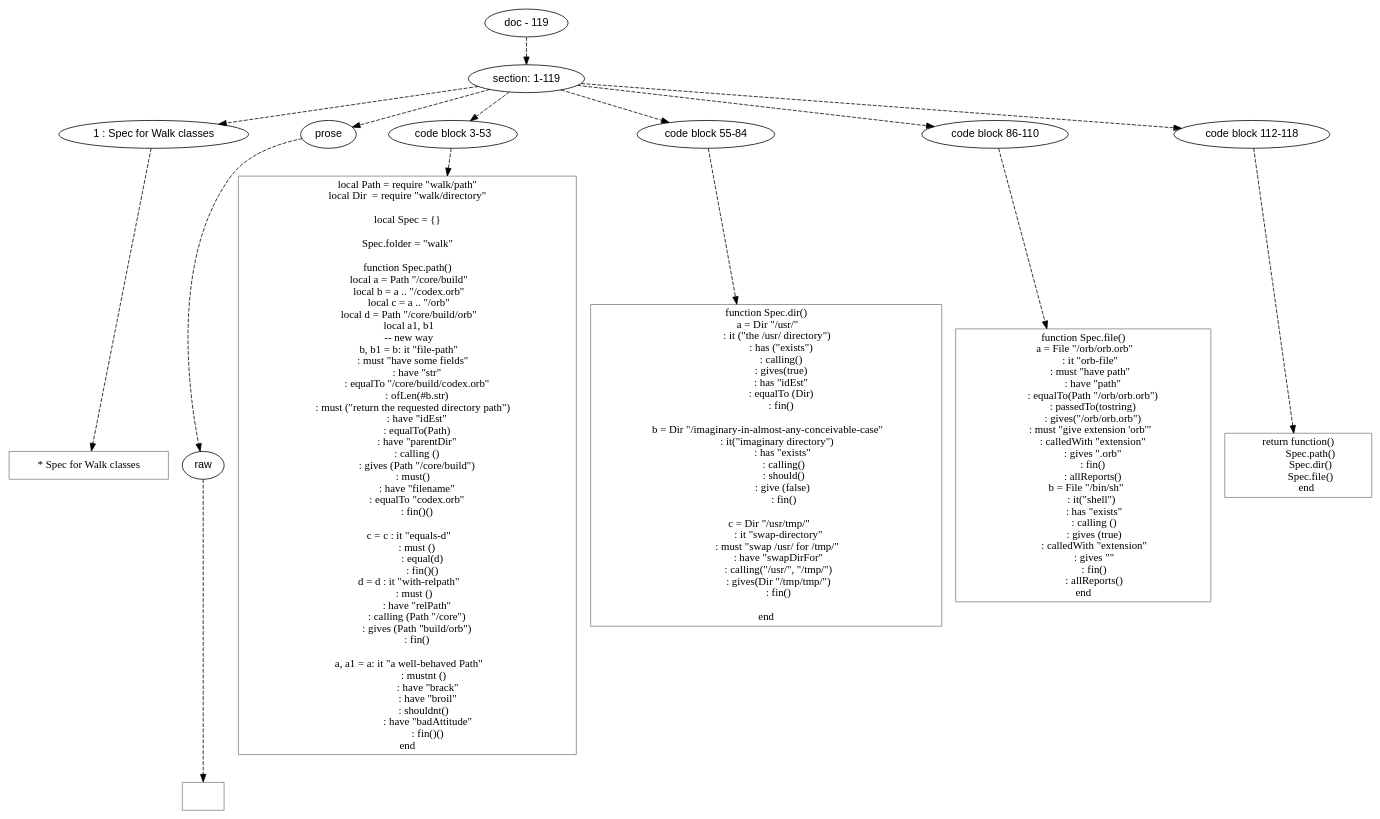
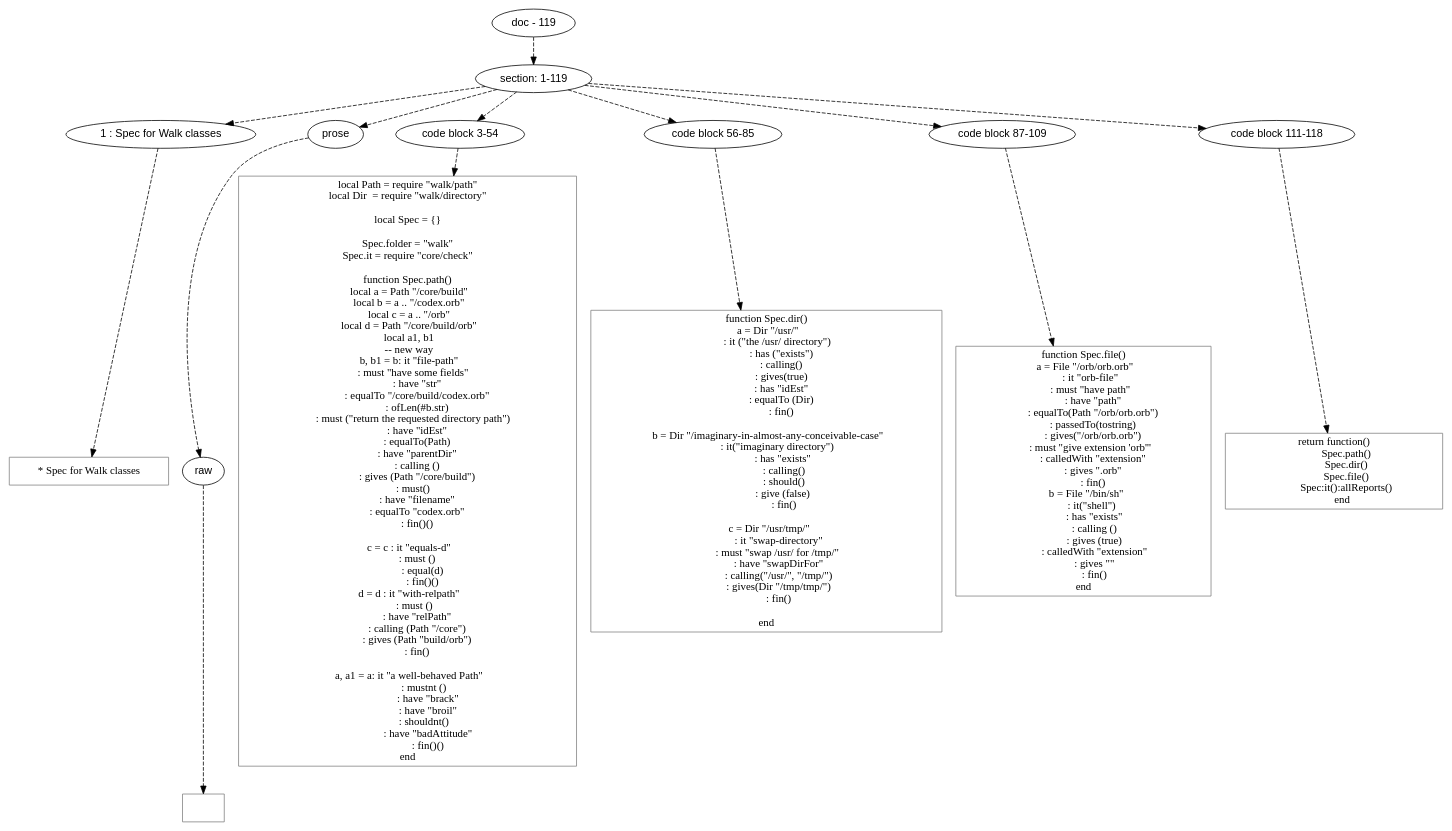
One commit to mnemnion/orb changed the diagram in doc/dot/spec/walk-spec.dot. Above: the diagram before and after it, drawn with Graphviz. The commit also changed 14 other files, not shown here.

```diff
--- a/doc/dot/spec/walk-spec.dot
+++ b/doc/dot/spec/walk-spec.dot
@@ -1,170 +1,170 @@
 digraph lpegNode {
 
 node [fontname=Helvetica]
 edge [style=dashed]
 
 doc_0 [label="doc - 119"]
 
 
 doc_0 -> { section_1}
 {rank=same; section_1}
 
 section_1 [label="section: 1-119"]
 
 
 // END RANK doc_0
 
 section_1 -> { header_2 prose_3 codeblock_4 codeblock_5 codeblock_6 codeblock_7}
 {rank=same; header_2 prose_3 codeblock_4 codeblock_5 codeblock_6 codeblock_7}
 
 header_2 [label="1 : Spec for Walk classes"]
 
 prose_3 [label="prose"]
 
-codeblock_4 [label="code block 3-53"]
+codeblock_4 [label="code block 3-54"]
 
-codeblock_5 [label="code block 55-84"]
+codeblock_5 [label="code block 56-85"]
 
-codeblock_6 [label="code block 86-110"]
+codeblock_6 [label="code block 87-109"]
 
-codeblock_7 [label="code block 112-118"]
+codeblock_7 [label="code block 111-118"]
 
 
 // END RANK section_1
 
 header_2 -> leaf_8
 leaf_8  [color=Gray,shape=rectangle,fontname=Inconsolata,label="* Spec for Walk classes"]
 // END RANK header_2
 
 prose_3 -> { raw_9}
 {rank=same; raw_9}
 
 raw_9 [label="raw"]
 
 
 // END RANK prose_3
 
 raw_9 -> leaf_10
 leaf_10  [color=Gray,shape=rectangle,fontname=Inconsolata,label="
 "]
 // END RANK raw_9
 
 codeblock_4 -> leaf_11
 leaf_11  [color=Gray,shape=rectangle,fontname=Inconsolata,label="local Path = require \"walk/path\"
 local Dir  = require \"walk/directory\"
 
 local Spec = {}
 
 Spec.folder = \"walk\"
+Spec.it = require \"core/check\"
 
 function Spec.path()
   local a = Path \"/core/build\"
   local b = a .. \"/codex.orb\"
   local c = a .. \"/orb\"
   local d = Path \"/core/build/orb\"
   local a1, b1
   -- new way
   b, b1 = b: it \"file-path\"
      : must \"have some fields\"
         : have \"str\"
         : equalTo \"/core/build/codex.orb\"
         : ofLen(#b.str)
      : must (\"return the requested directory path\")
         : have \"idEst\"
         : equalTo(Path)
         : have \"parentDir\"
         : calling ()
         : gives (Path \"/core/build\")
      : must()
         : have \"filename\"
         : equalTo \"codex.orb\"
         : fin()()
 
   c = c : it \"equals-d\"
         : must ()
             : equal(d)
             : fin()()
   d = d : it \"with-relpath\"
       : must ()
         : have \"relPath\"
         : calling (Path \"/core\")
         : gives (Path \"build/orb\")
         : fin()
 
   a, a1 = a: it \"a well-behaved Path\"
              : mustnt ()
                 : have \"brack\"
                 : have \"broil\"
              : shouldnt()
                 : have \"badAttitude\"
                 : fin()()
 end"]
 // END RANK codeblock_4
 
 codeblock_5 -> leaf_12
 leaf_12  [color=Gray,shape=rectangle,fontname=Inconsolata,label="function Spec.dir()
   a = Dir \"/usr/\"
          : it (\"the /usr/ directory\")
             : has (\"exists\")
             : calling()
             : gives(true)
             : has \"idEst\"
             : equalTo (Dir)
             : fin()
 
   b = Dir \"/imaginary-in-almost-any-conceivable-case\"
          : it(\"imaginary directory\")
              : has \"exists\"
               : calling()
               : should()
              : give (false)
               : fin()
 
    c = Dir \"/usr/tmp/\"
           : it \"swap-directory\"
          : must \"swap /usr/ for /tmp/\"
           : have \"swapDirFor\"
           : calling(\"/usr/\", \"/tmp/\")
           : gives(Dir \"/tmp/tmp/\")
           : fin()
 
 end
 "]
 // END RANK codeblock_5
 
 codeblock_6 -> leaf_13
 leaf_13  [color=Gray,shape=rectangle,fontname=Inconsolata,label="function Spec.file()
   a = File \"/orb/orb.orb\"
       : it \"orb-file\"
       : must \"have path\"
         : have \"path\"
         : equalTo(Path \"/orb/orb.orb\")
         : passedTo(tostring)
         : gives(\"/orb/orb.orb\")
       : must \"give extension 'orb'\"
         : calledWith \"extension\"
         : gives \".orb\"
         : fin()
-        : allReports()
    b = File \"/bin/sh\"
        : it(\"shell\")
          : has \"exists\"
          : calling ()
          : gives (true)
          : calledWith \"extension\"
          : gives \"\"
          : fin()
-         : allReports()
 end"]
 // END RANK codeblock_6
 
 codeblock_7 -> leaf_14
 leaf_14  [color=Gray,shape=rectangle,fontname=Inconsolata,label="return function()
           Spec.path()
           Spec.dir()
           Spec.file()
+          Spec:it():allReports()
        end"]
 // END RANK codeblock_7
 
 
 }
```
